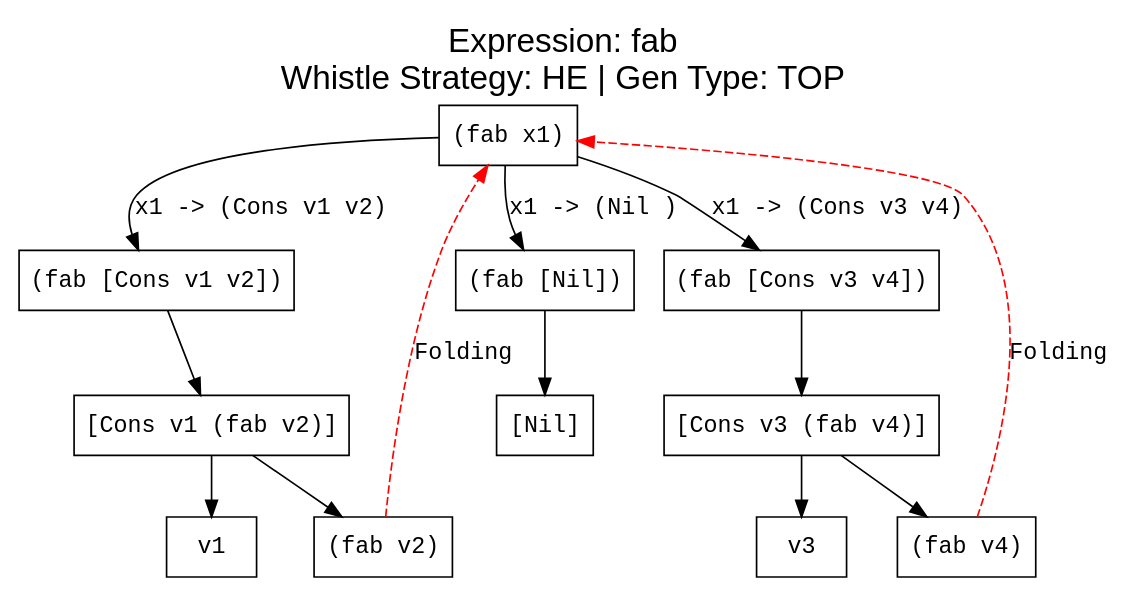
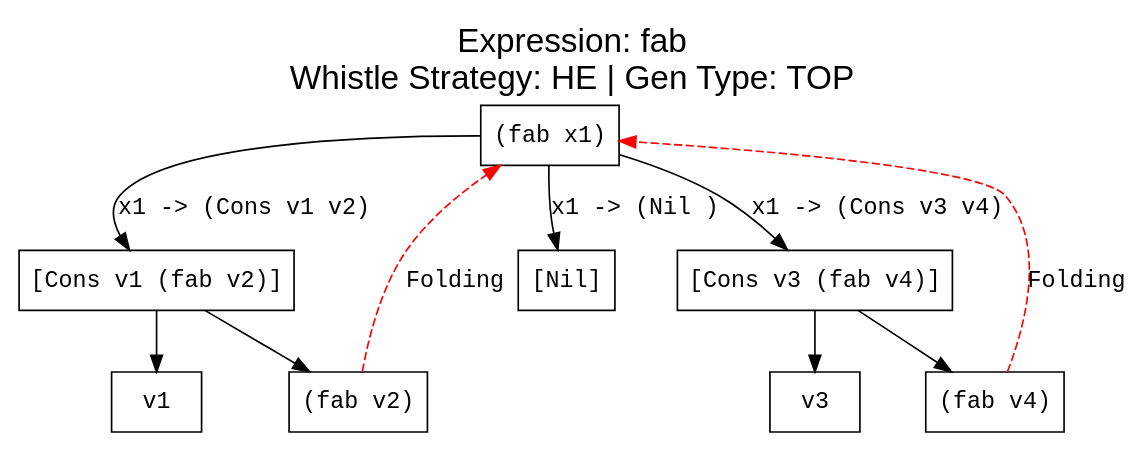
The diagram in output/test4/he_fab.dot (makezh/coursework_supercompiler), drawn with Graphviz before and after one commit. The commit also changed 38 other files, not shown here.

```diff
--- a/output/test4/he_fab.dot
+++ b/output/test4/he_fab.dot
@@ -1,32 +1,26 @@
 digraph ProcessTree {
   label="Expression: fab\nWhistle Strategy: HE | Gen Type: TOP";
   labelloc="t";
   fontsize=20;
   fontname="Arial";
 
     node [fontname="Courier New"];
     edge [fontname="Courier New"];
     n0 [label="(fab x1)", shape=box];
     n0 -> n1 [label="x1 -> (Cons v1 v2)"];
     n0 -> n2 [label="x1 -> (Cons v3 v4)"];
     n0 -> n3 [label="x1 -> (Nil )"];
-    n1 [label="(fab [Cons v1 v2])", shape=box];
+    n1 [label="[Cons v1 (fab v2)]", shape=box];
     n1 -> n4 [label=""];
-    n2 [label="(fab [Cons v3 v4])", shape=box];
-    n2 -> n5 [label=""];
-    n3 [label="(fab [Nil])", shape=box];
-    n3 -> n6 [label=""];
-    n4 [label="[Cons v1 (fab v2)]", shape=box];
-    n4 -> n7 [label=""];
-    n4 -> n8 [label=""];
-    n5 [label="[Cons v3 (fab v4)]", shape=box];
-    n5 -> n9 [label=""];
-    n5 -> n10 [label=""];
-    n6 [label="[Nil]", shape=box];
-    n7 [label="v1", shape=box];
-    n8 [label="(fab v2)", shape=box];
-    n8 -> n0 [style=dashed, color=red, label="Folding"];
-    n9 [label="v3", shape=box];
-    n10 [label="(fab v4)", shape=box];
-    n10 -> n0 [style=dashed, color=red, label="Folding"];
+    n1 -> n5 [label=""];
+    n2 [label="[Cons v3 (fab v4)]", shape=box];
+    n2 -> n6 [label=""];
+    n2 -> n7 [label=""];
+    n3 [label="[Nil]", shape=box];
+    n4 [label="v1", shape=box];
+    n5 [label="(fab v2)", shape=box];
+    n5 -> n0 [style=dashed, color=red, label="Folding"];
+    n6 [label="v3", shape=box];
+    n7 [label="(fab v4)", shape=box];
+    n7 -> n0 [style=dashed, color=red, label="Folding"];
 }
```
